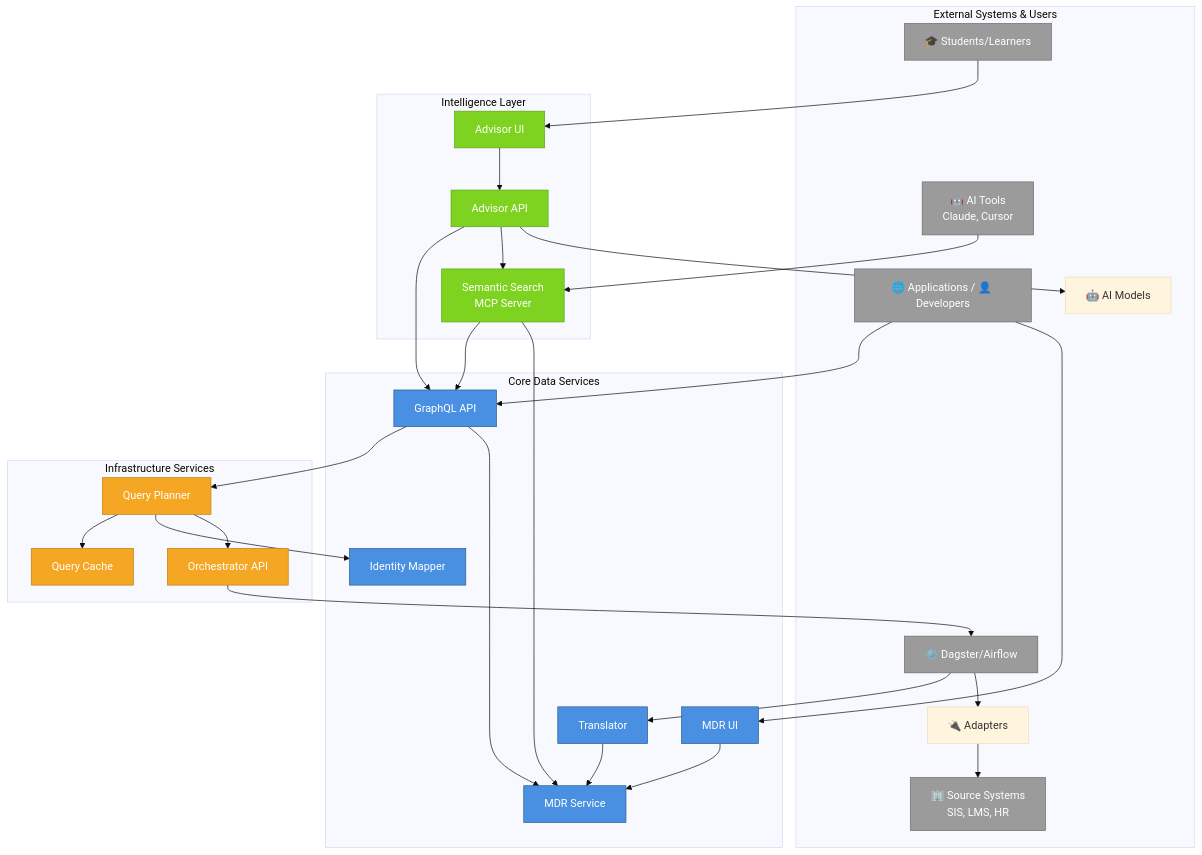
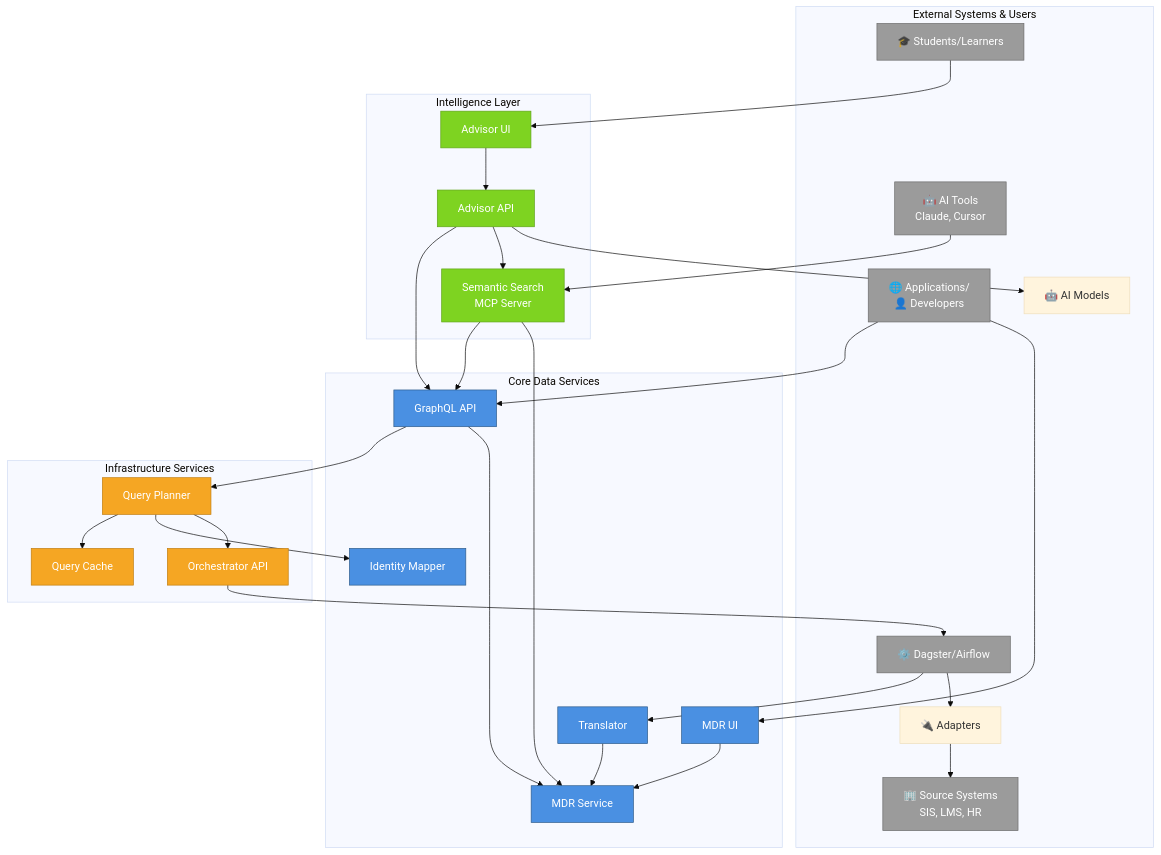
One commit to LIF-Initiative/lif-core changed the first of 16 diagrams in docs/lif_services_overview.md. Above: the diagram before and after it, drawn with Mermaid (base theme).

Commit message:
docs: update first diagram

````diff
--- a/docs/lif_services_overview.md
+++ b/docs/lif_services_overview.md
@@ -11,67 +11,67 @@
 ```mermaid
 graph TB
     subgraph External["External Systems & Users"]
-        Users[🌐 Applications / 👤 Developers]
+        Users[🌐 Applications/<br>👤 Developers]
         Students[🎓 Students/Learners]
         Sources[🏢 Source Systems<br/>SIS, LMS, HR]
         Orchestrators[⚙️ Dagster/Airflow]
         AIModels[🤖 AI Models]
         AITools[🤖 AI Tools<br/>Claude, Cursor]
         Adapters[🔌  Adapters]
     end
     
     subgraph Core["Core Data Services"]
         GQL[GraphQL API]
         Trans[Translator]
         IDMap[Identity Mapper]
         MDR[MDR Service]
         MDRUI[MDR UI]
     end
     
     subgraph Intel["Intelligence Layer"]
         Advisor[Advisor API]
         AdvisorUI[Advisor UI]
         MCP[Semantic Search<br/>MCP Server]
     end
     
     subgraph Infra["Infrastructure Services"]
         Cache[Query Cache]
         Planner[Query Planner]
         Orch[Orchestrator API]
     end
     
     Users --> GQL
     Users --> MDRUI
     Students --> AdvisorUI
     AITools --> MCP
     
     GQL --> Planner
     GQL --> MDR
     AdvisorUI --> Advisor
     Advisor --> GQL
     Advisor --> MCP
     Advisor --> AIModels
     MCP --> GQL
     MCP --> MDR
     MDRUI --> MDR
     
     Planner --> Cache
     Planner --> IDMap
     Planner --> Orch
     
     Orch --> Orchestrators
     Orchestrators --> Trans
     Orchestrators --> Adapters
     Adapters --> Sources
     Trans --> MDR
     
     classDef coreStyle fill:#4A90E2,stroke:#2E5C8A,color:#fff
     classDef intelStyle fill:#7ED321,stroke:#5FA319,color:#fff
     classDef infraStyle fill:#F5A623,stroke:#C17D11,color:#fff
     classDef extStyle fill:#9B9B9B,stroke:#6B6B6B,color:#fff
     
     class GQL,Trans,IDMap,MDR,MDRUI coreStyle
     class Advisor,AdvisorUI,MCP intelStyle
     class Cache,Planner,Orch infraStyle
     class Users,Students,Sources,Orchestrators,AITools extStyle
 ```
````
